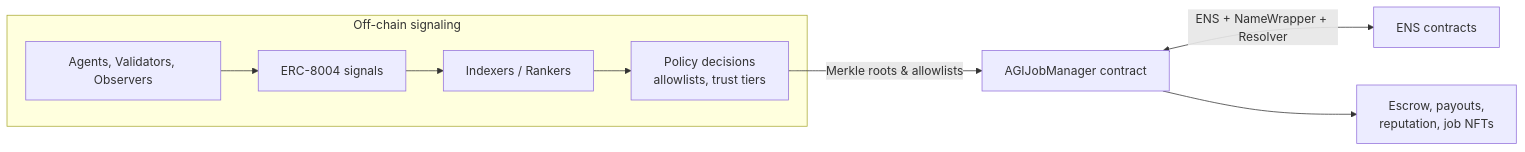
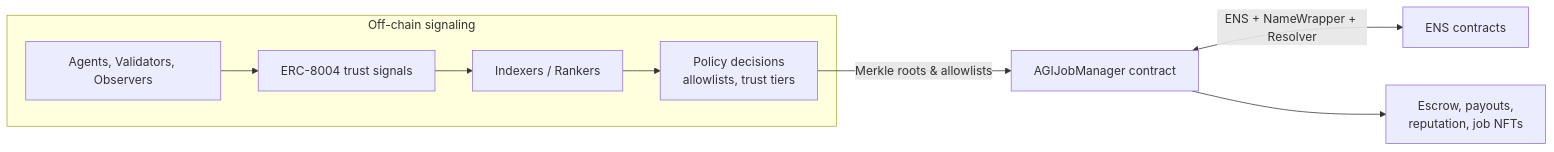
Before and after one commit to MontrealAI/AGIJobManager: the second of 2 diagrams in README.md, drawn with Mermaid. The commit also changed other lines of this file and 5 other files, not shown here.

````diff
--- a/README.md
+++ b/README.md
@@ -73,12 +66,12 @@
 ```mermaid
 flowchart LR
     subgraph Off-chain signaling
-        A[Agents, Validators, Observers] --> B[ERC-8004 signals]
+        A[Agents, Validators, Observers] --> B[ERC-8004 trust signals]
         B --> C[Indexers / Rankers]
         C --> D[Policy decisions<br/>allowlists, trust tiers]
     end
 
     D -->|Merkle roots & allowlists| E[AGIJobManager contract]
     E <-->|ENS + NameWrapper + Resolver| F[ENS contracts]
     E --> G[Escrow, payouts,<br/>reputation, job NFTs]
 ```
````
